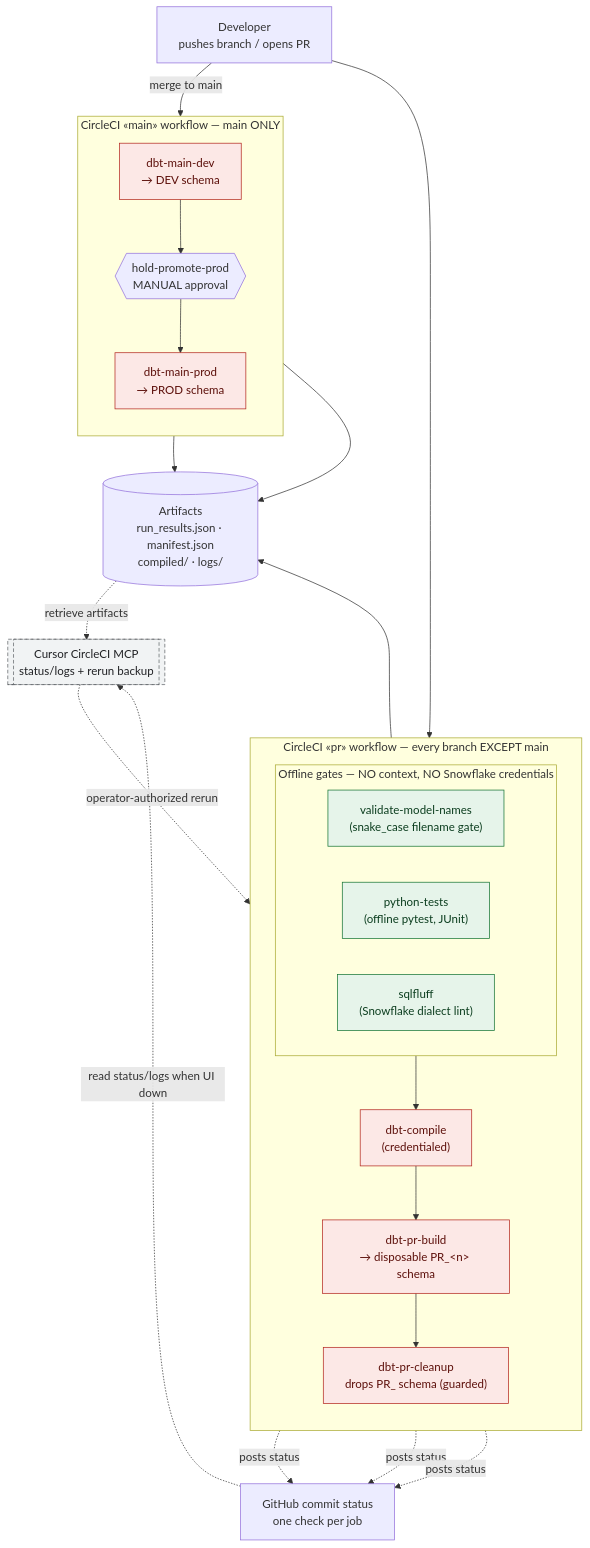
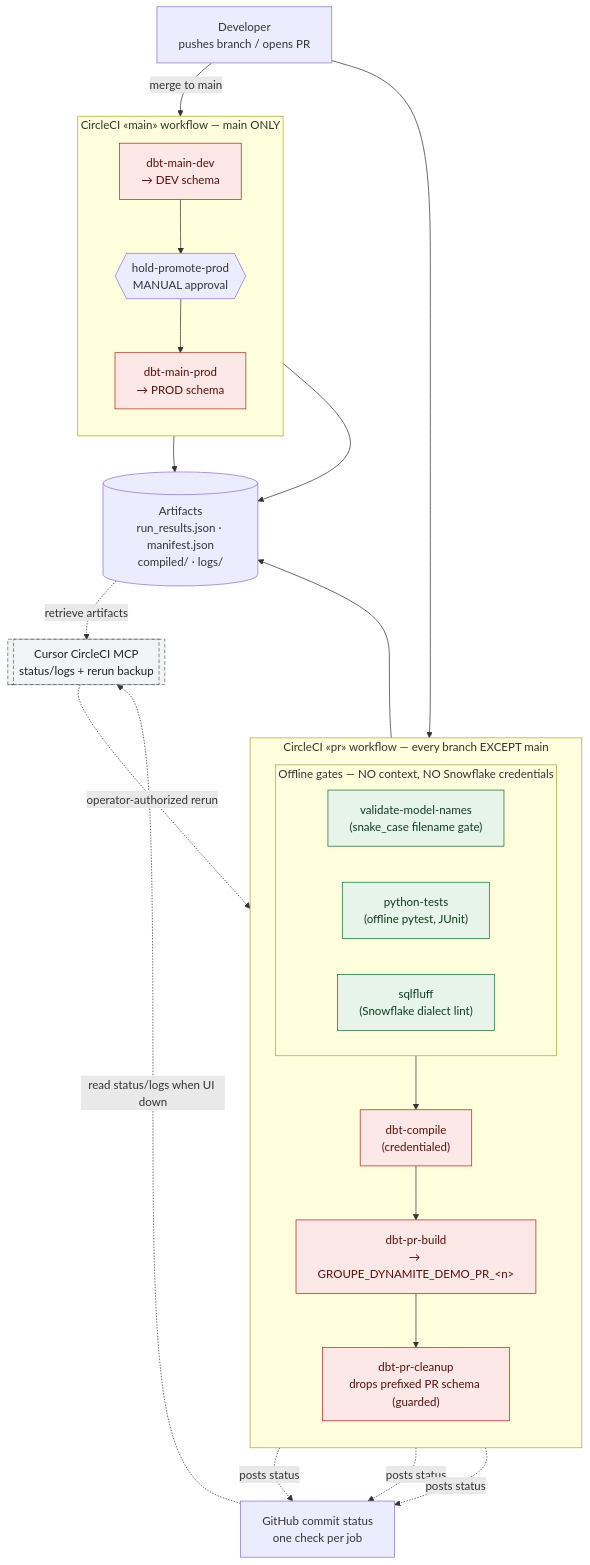
One commit to townerhale-circleci/groupe-dynamite-dbt-demo changed the diagram in docs/architecture.md. Above: the diagram before and after it, drawn with Mermaid. The commit also changed other lines of this file and 17 other files, not shown here.

````diff
--- a/docs/architecture.md
+++ b/docs/architecture.md
@@ -9,49 +9,49 @@
 ```mermaid
 flowchart TB
   dev["Developer<br/>pushes branch / opens PR"]
 
   subgraph PRW["CircleCI &laquo;pr&raquo; workflow — every branch EXCEPT main"]
     direction TB
     subgraph OFF["Offline gates — NO context, NO Snowflake credentials"]
       vmn["validate-model-names<br/>(snake_case filename gate)"]
       pt["python-tests<br/>(offline pytest, JUnit)"]
       sf["sqlfluff<br/>(Snowflake dialect lint)"]
     end
     dc["dbt-compile<br/>(credentialed)"]
-    prb["dbt-pr-build<br/>&rarr; disposable PR_&lt;n&gt; schema"]
-    prc["dbt-pr-cleanup<br/>drops PR_ schema (guarded)"]
+    prb["dbt-pr-build<br/>&rarr; GROUPE_DYNAMITE_DEMO_PR_&lt;n&gt;"]
+    prc["dbt-pr-cleanup<br/>drops prefixed PR schema (guarded)"]
   end
 
   gh["GitHub commit status<br/>one check per job"]
   art[("Artifacts<br/>run_results.json · manifest.json<br/>compiled/ · logs/")]
 
   subgraph MAIN["CircleCI &laquo;main&raquo; workflow — main ONLY"]
     direction TB
     mdev["dbt-main-dev<br/>&rarr; DEV schema"]
     appr{{"hold-promote-prod<br/>MANUAL approval"}}
     mprod["dbt-main-prod<br/>&rarr; PROD schema"]
   end
 
   mcp[["Cursor CircleCI MCP<br/>status/logs + rerun backup"]]
 
   dev --> OFF
   OFF --> dc --> prb --> prc
   OFF -. "posts status" .-> gh
   dc -. "posts status" .-> gh
   prb -. "posts status" .-> gh
   prb --> art
   dev -->|"merge to main"| MAIN
   mdev --> appr --> mprod
   mdev --> art
   mprod --> art
   gh -. "read status/logs when UI down" .-> mcp
   art -. "retrieve artifacts" .-> mcp
   mcp -. "operator-authorized rerun" .-> prb
 
   classDef offline fill:#e6f4ea,stroke:#137333,color:#0b3d1e;
   classDef cred fill:#fce8e6,stroke:#b3261e,color:#5c0f0a;
   classDef backup fill:#f1f3f4,stroke:#5f6368,color:#202124,stroke-dasharray:5 3;
   class vmn,pt,sf offline;
   class dc,prb,prc,mdev,mprod cred;
   class mcp backup;
 ```
````
